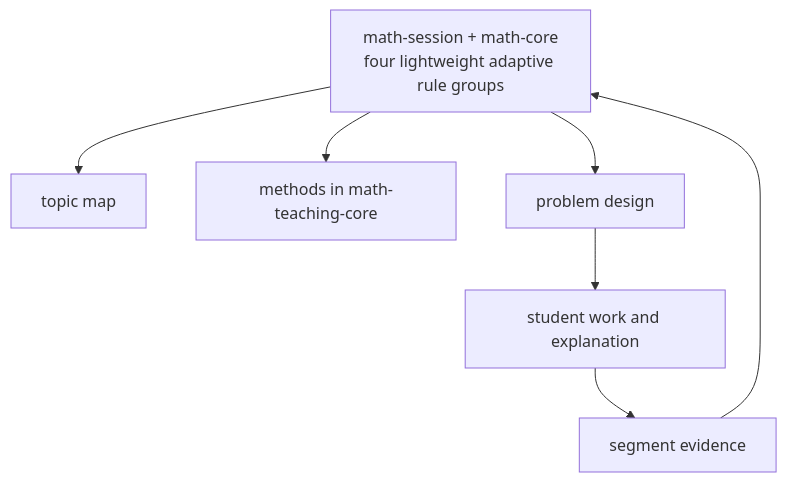
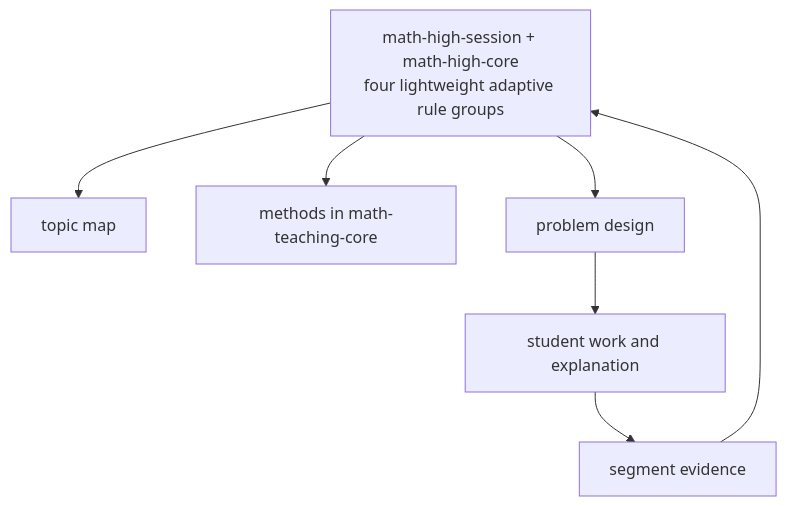
Before and after one commit to gengyabc/baicai-edu: the diagram in docs/math-primary-high-methods.md, drawn with Mermaid. The commit also changed other lines of this file and 113 other files, not shown here.

````diff
--- a/docs/math-primary-high-methods.md
+++ b/docs/math-primary-high-methods.md
@@ -47,10 +47,10 @@
 ```mermaid
 flowchart TD
-    A["math-session + math-core<br/>four lightweight adaptive rule groups"]
+    A["math-high-session + math-high-core<br/>four lightweight adaptive rule groups"]
     A --> B["topic map"]
     A --> C["methods in math-teaching-core"]
     A --> D["problem design"]
     D --> E["student work and explanation"]
     E --> F["segment evidence"]
     F --> A
 ```
````
